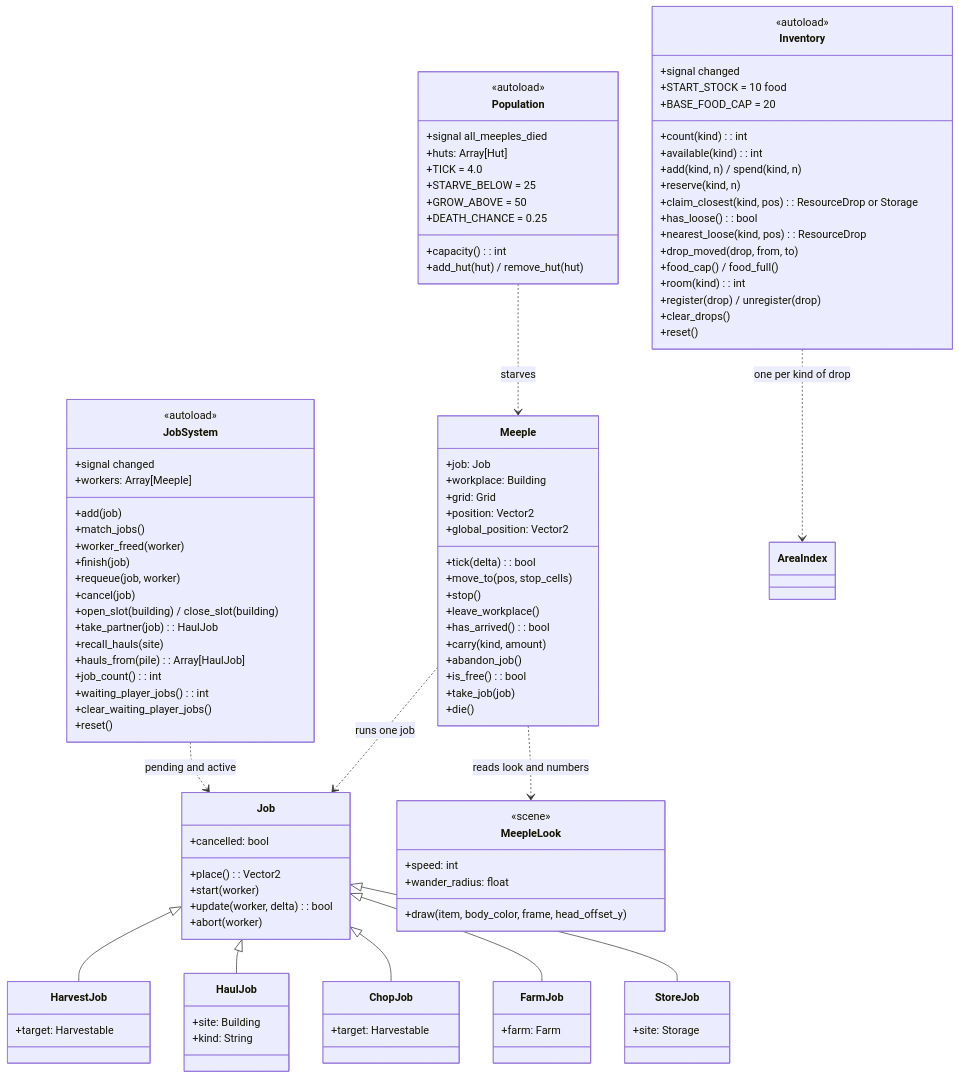
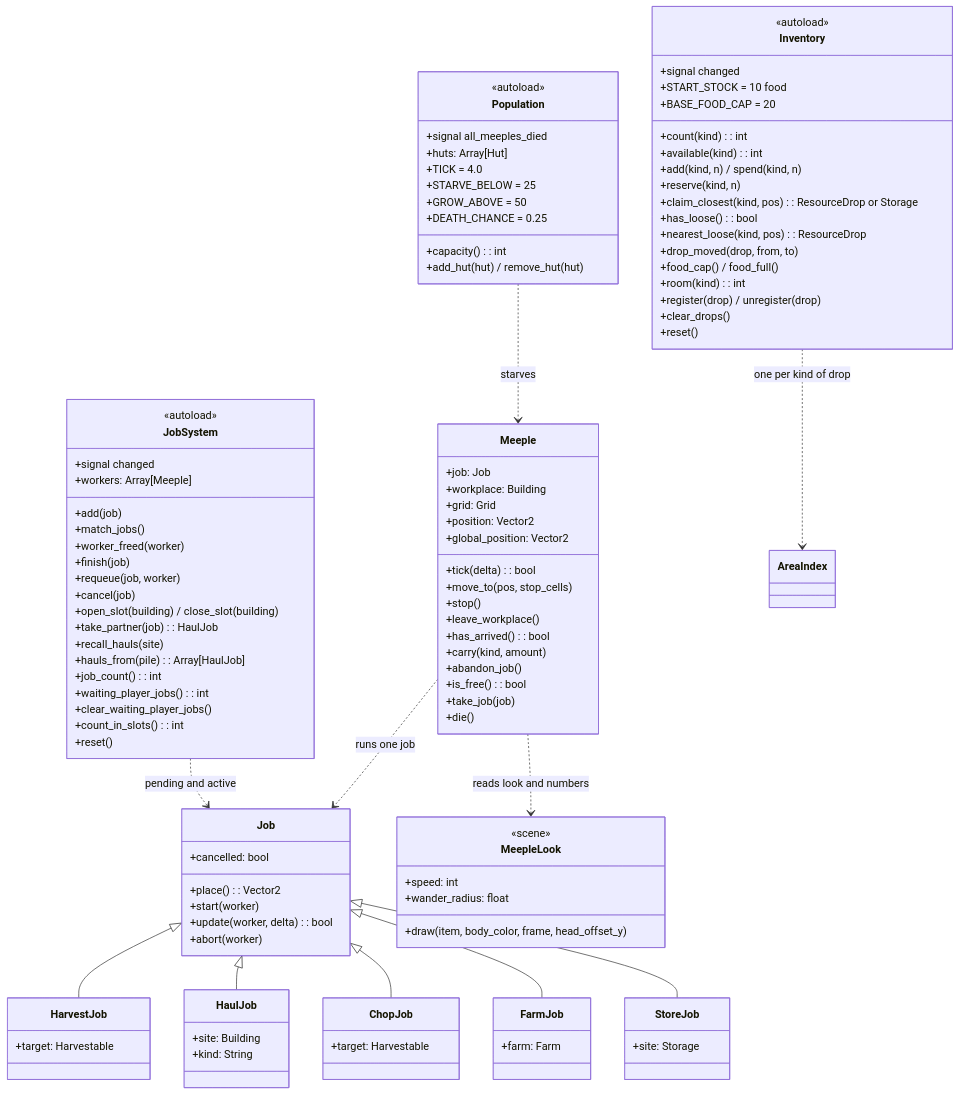
Before and after one commit to Liam-M-Mays/game-jam-2026: the tenth of 11 diagrams in docs/architecture.md, drawn with Mermaid. The commit also changed other lines of this file and 4 other files, not shown here.

```diff
--- a/docs/architecture.md
+++ b/docs/architecture.md
@@ -616,6 +616,7 @@
         +job_count(): int
         +waiting_player_jobs(): int
         +clear_waiting_player_jobs()
+        +count_in_slots(): int
         +reset()
     }
     class Job {
```
